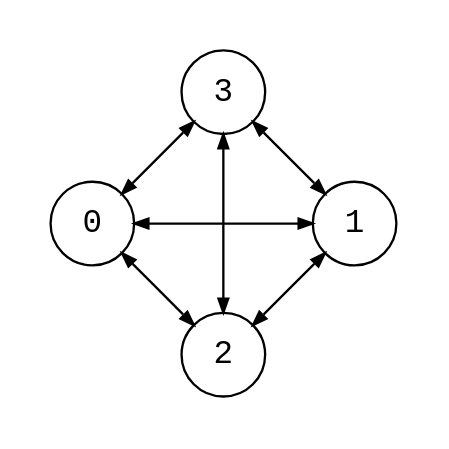
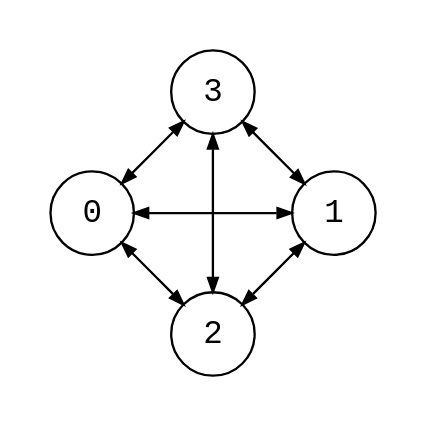
Before and after one commit to bsdrks/graaf-images: the diagram in src/wheel_4-0.87.5.dot, drawn with Graphviz. The commit also changed 69 other files, not shown here.

```diff
--- a/src/wheel_4-0.87.5.dot
+++ b/src/wheel_4-0.87.5.dot
@@ -1,15 +1,15 @@
 digraph {
     node [shape=circle, fontname="monospace"; fixedsize=true, width="0.5"];
     edge [arrowsize=0.6];
     layout=neato;
     mode="sgd";
     maxiter=10000;
-    scale=1.3;
+    scale=1.2;
     normalize=true;
     pad=0.2;
 
     0 -> {1, 2, 3} [dir="both"];
     3 -> 1 [dir="both"];
     1 -> 2 [dir="both"];
     2 -> 3 [dir="both"];
 }
```
